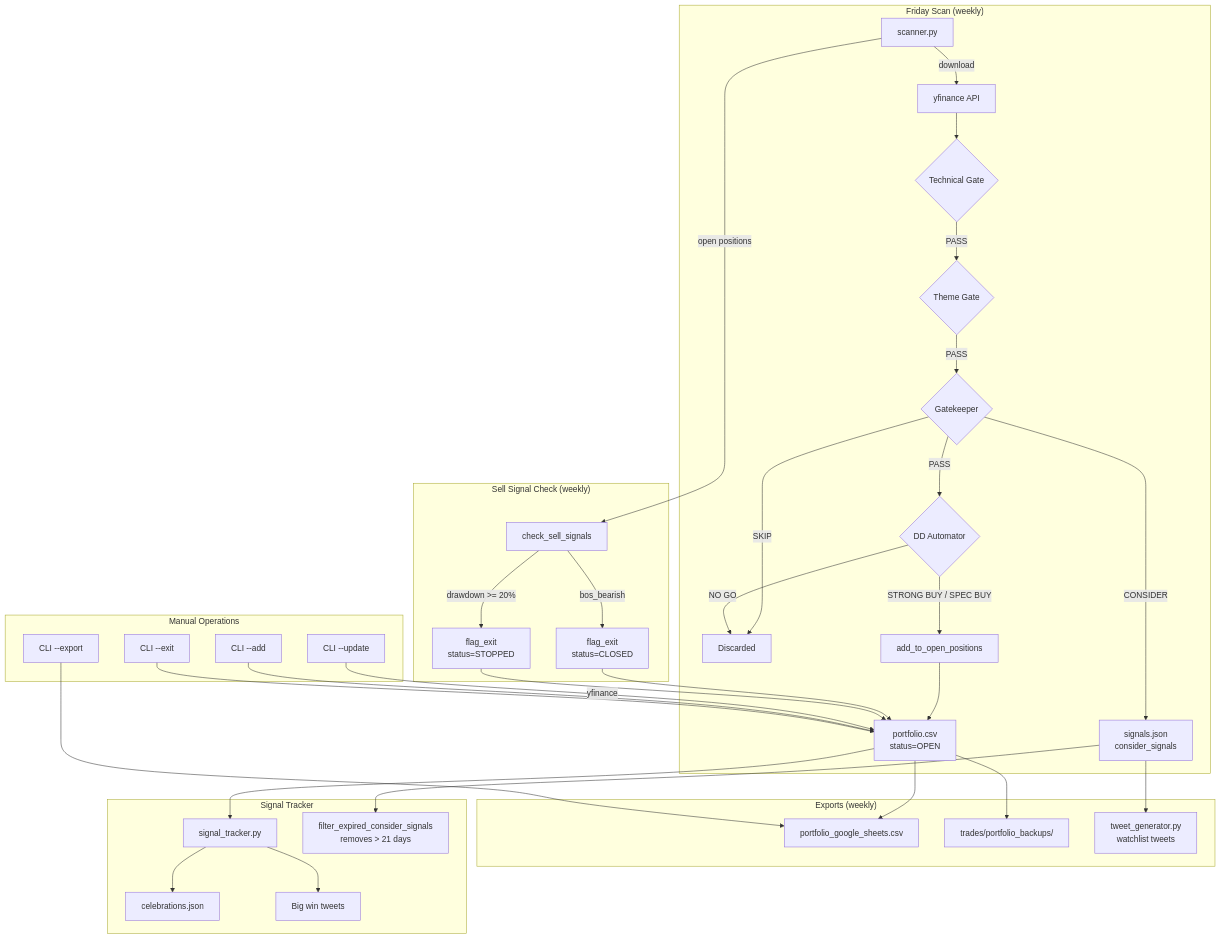
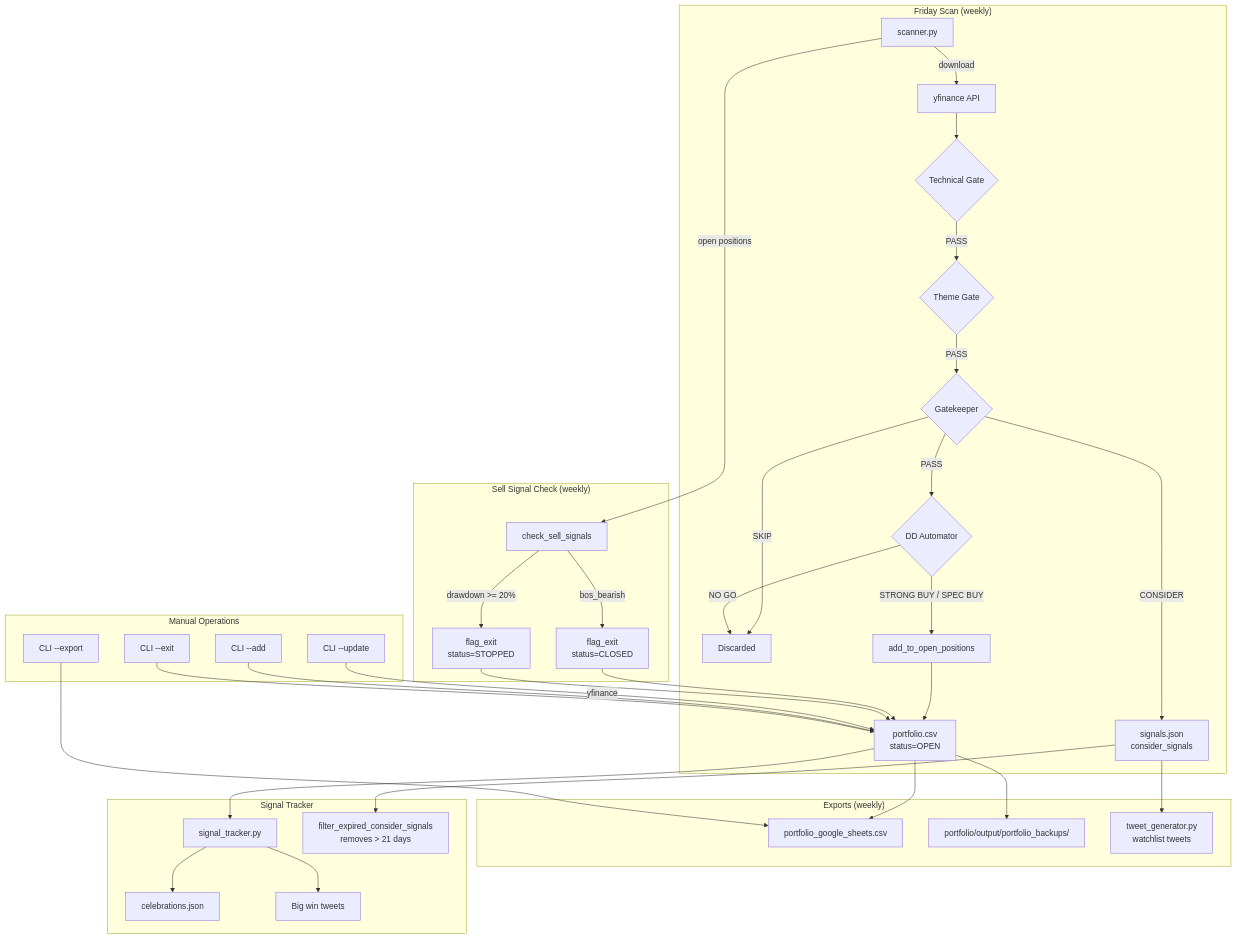
The first of 2 diagrams in docs/audit/03-portfolio-tracking.md (Amigo100/bos_momentum_scanner), drawn with Mermaid before and after one commit. The commit also changed other lines of this file and 40 other files, not shown here.

````diff
--- a/docs/audit/03-portfolio-tracking.md
+++ b/docs/audit/03-portfolio-tracking.md
@@ -446,43 +446,43 @@
 ```mermaid
 flowchart TD
     subgraph "Friday Scan (weekly)"
         A[scanner.py] -->|download| B[yfinance API]
         B --> C{Technical Gate}
         C -->|PASS| D{Theme Gate}
         D -->|PASS| E{Gatekeeper}
         E -->|PASS| F{DD Automator}
         E -->|CONSIDER| W[signals.json<br/>consider_signals]
         E -->|SKIP| X[Discarded]
         F -->|STRONG BUY / SPEC BUY| G[add_to_open_positions]
         F -->|NO GO| X
         G --> H[portfolio.csv<br/>status=OPEN]
     end
 
     subgraph "Sell Signal Check (weekly)"
         A -->|open positions| I[check_sell_signals]
         I -->|bos_bearish| J[flag_exit<br/>status=CLOSED]
         I -->|drawdown >= 20%| K[flag_exit<br/>status=STOPPED]
         J --> H
         K --> H
     end
 
     subgraph "Exports (weekly)"
         H --> L[portfolio_google_sheets.csv]
-        H --> M[trades/portfolio_backups/]
+        H --> M[portfolio/output/portfolio_backups/]
         W --> N[tweet_generator.py<br/>watchlist tweets]
     end
 
     subgraph "Manual Operations"
         O[CLI --update] -->|yfinance| H
         P[CLI --add] --> H
         Q[CLI --exit] --> H
         R[CLI --export] --> L
     end
 
     subgraph "Signal Tracker"
         H --> S[signal_tracker.py]
         S --> T[celebrations.json]
         S --> U[Big win tweets]
         W --> V[filter_expired_consider_signals<br/>removes > 21 days]
     end
 ```
````
